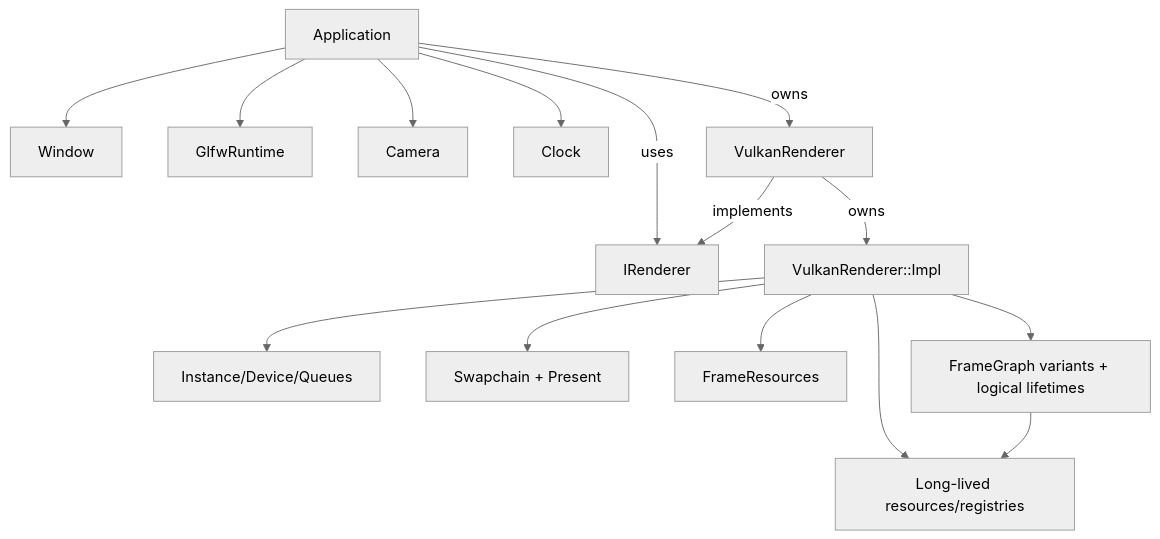
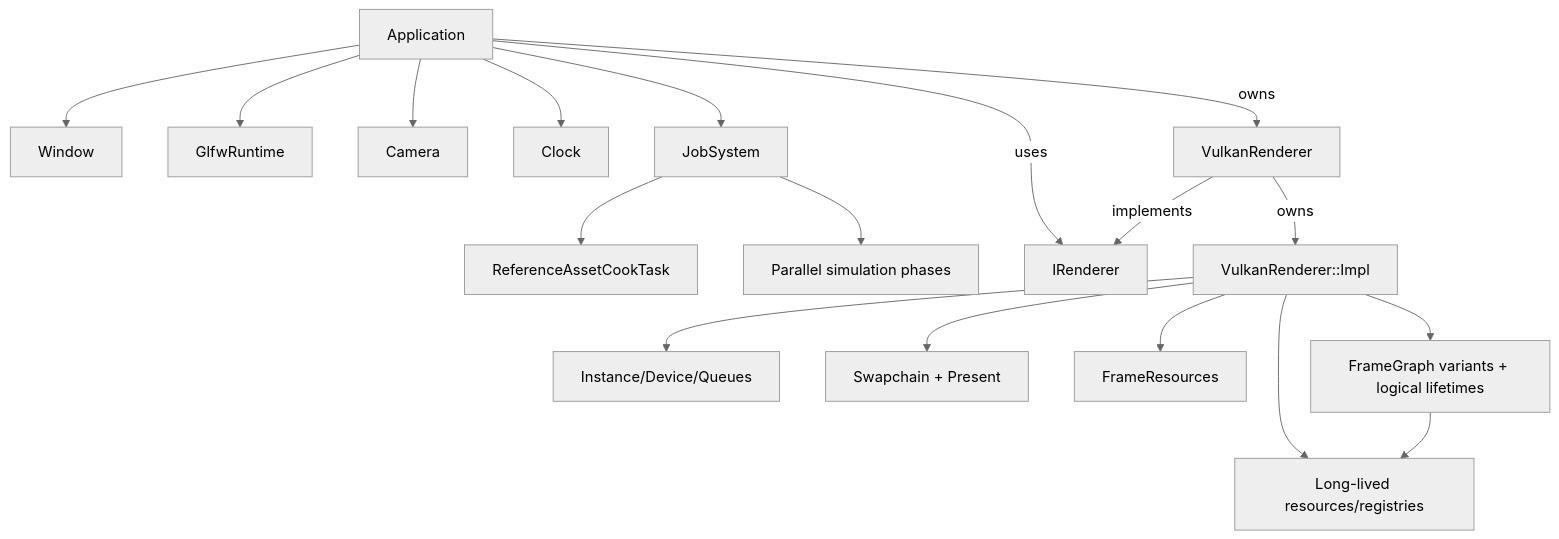
Before and after one commit to ck0i/VolkEngine: the diagram in docs/topics/architecture.md, drawn with Mermaid (neutral theme). The commit also changed other lines of this file and 30 other files, not shown here.

````diff
--- a/docs/topics/architecture.md
+++ b/docs/topics/architecture.md
@@ -21,17 +21,20 @@
 ```mermaid
 graph TD
     App[Application] --> Window[Window]
     App --> GlfwRuntime[GlfwRuntime]
     App --> Camera[Camera]
     App --> Clock[Clock]
+    App --> Jobs[JobSystem]
+    Jobs --> AssetCook[ReferenceAssetCookTask]
+    Jobs --> Systems[Parallel simulation phases]
     App -->|owns| Renderer[VulkanRenderer]
     App -->|uses| IRenderer[IRenderer]
     Renderer -->|implements| IRenderer
     Renderer -->|owns| Impl[VulkanRenderer::Impl]
     Impl --> Instance[Instance/Device/Queues]
     Impl --> Swapchain[Swapchain + Present]
     Impl --> Frame[FrameResources]
     Impl --> Resources[Long-lived resources/registries]
     Impl --> Graph[FrameGraph variants + logical lifetimes]
     Graph --> Resources
 ```
````
